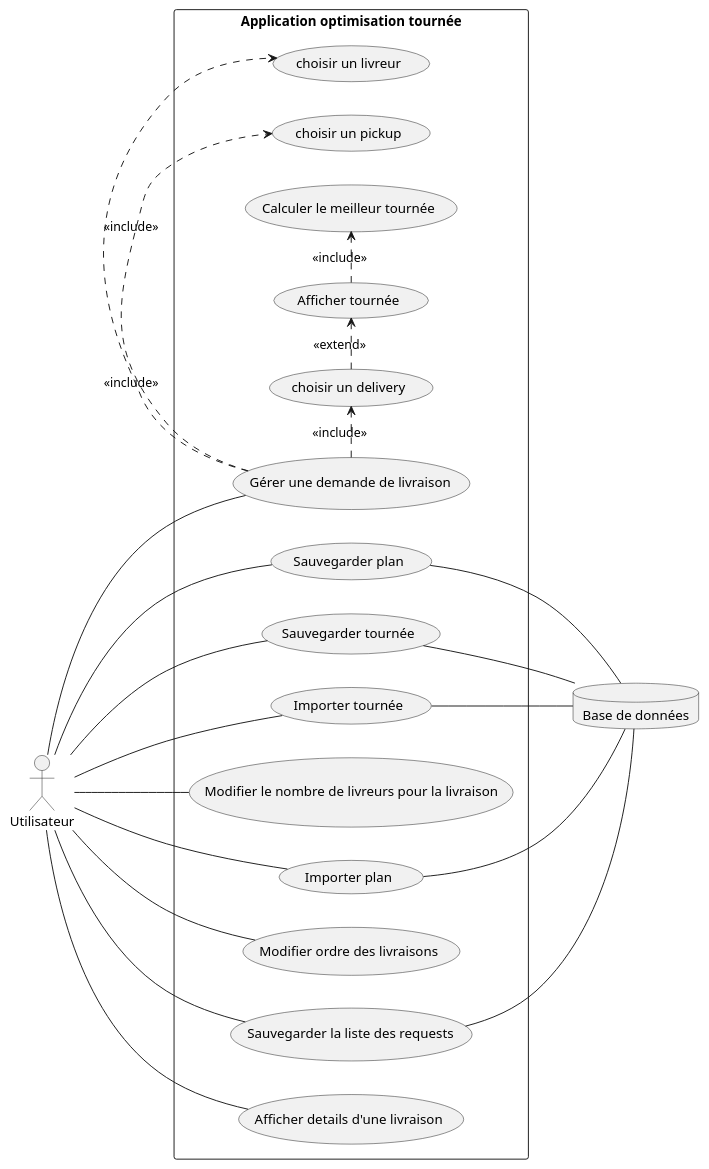
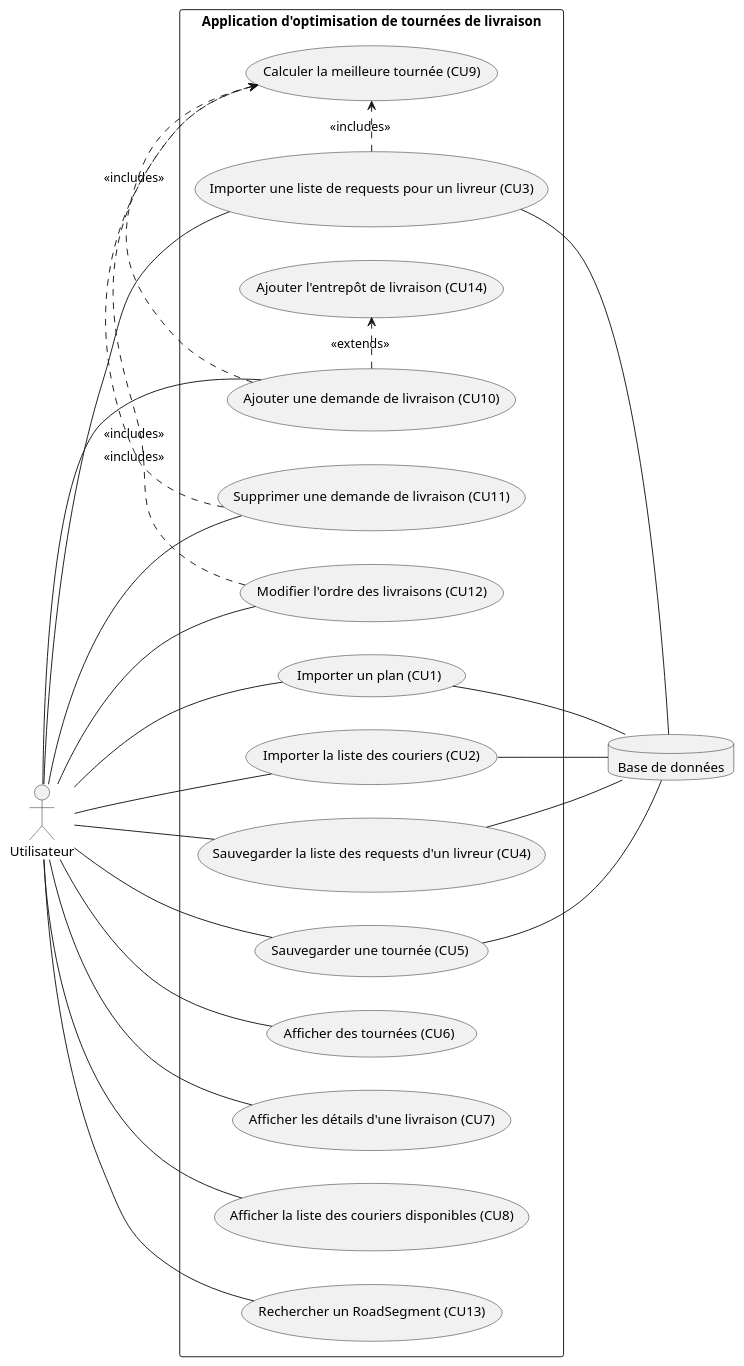
One commit to enzo-dosanjos/Pickup_Delivery_App changed the diagram in diagrams/Diag_CU.plantuml. Above: the diagram before and after it, drawn with PlantUML.

Commit message:
Update Use Case diagram to include our newest features

```diff
--- a/diagrams/Diag_CU.plantuml
+++ b/diagrams/Diag_CU.plantuml
@@ -1,49 +1,52 @@
 @startuml usecase
 left to right direction
 skinparam packageStyle rectangle
 
 actor "Utilisateur" as User
 database "Base de données" as DB
 
 
-package "Application optimisation tournée" {
+package "Application d'optimisation de tournées de livraison" {
 
-  usecase "Sauvegarder plan" as UC1
-  usecase "Calculer le meilleur tournée" as UC6
-  usecase "Sauvegarder tournée" as UC3
-  usecase "Importer tournée" as UC4
-  usecase "Modifier le nombre de livreurs pour la livraison" as UC5
-  usecase "Gérer une demande de livraison" as UC2
-  usecase "choisir un livreur" as UC7
-  usecase "choisir un pickup" as UC8
-  usecase "choisir un delivery" as UC9
-  usecase "Importer plan" as UC10
-  usecase "Modifier ordre des livraisons" as UC11
-  usecase "Sauvegarder la liste des requests" as UC12
-  usecase "Afficher details d'une livraison" as UC13
-  usecase "Afficher tournée" as UC14
-  UC2 .> UC7 : <<include>>
-  UC2 .> UC8 : <<include>>
-  UC2 .> UC9 : <<include>>
-  UC9 .> UC14 : <<extend>>
-  UC14 .> UC6 : <<include>>
+  usecase "Importer un plan (CU1)" as UC1
+  usecase "Importer la liste des couriers (CU2)" as UC2
+  usecase "Importer une liste de requests pour un livreur (CU3)" as UC3
+  usecase "Sauvegarder la liste des requests d'un livreur (CU4)" as UC4
+  usecase "Sauvegarder une tournée (CU5)" as UC5
+  usecase "Afficher des tournées (CU6)" as UC6
+  usecase "Afficher les détails d'une livraison (CU7)" as UC7
+  usecase "Afficher la liste des couriers disponibles (CU8)" as UC8
+  usecase "Calculer la meilleure tournée (CU9)" as UC9
+  usecase "Ajouter une demande de livraison (CU10)" as UC10
+  usecase "Supprimer une demande de livraison (CU11)" as UC11
+  usecase "Modifier l'ordre des livraisons (CU12)" as UC12
+  usecase "Rechercher un RoadSegment (CU13)" as UC13
+  usecase "Ajouter l'entrepôt de livraison (CU14)" as UC14
+
+  UC3 .> UC9 : <<includes>>
+  UC10 .> UC9 : <<includes>>
+  UC11 .> UC9 : <<includes>>
+  UC12 .> UC9 : <<includes>>
+  UC10 .> UC14 : <<extends>>
 
   User -- UC1
+  User -- UC2
   User -- UC3
   User -- UC4
   User -- UC5
-  User -- UC2
+  User -- UC6
+  User -- UC7
+  User -- UC8
   User -- UC10
   User -- UC11
   User -- UC12
   User -- UC13
 
-  UC10 -- DB
   UC1 -- DB
+  UC2 -- DB
   UC3 -- DB
   UC4 -- DB
-  UC12 -- DB
-
+  UC5 -- DB
 
 }
 @enduml
```
